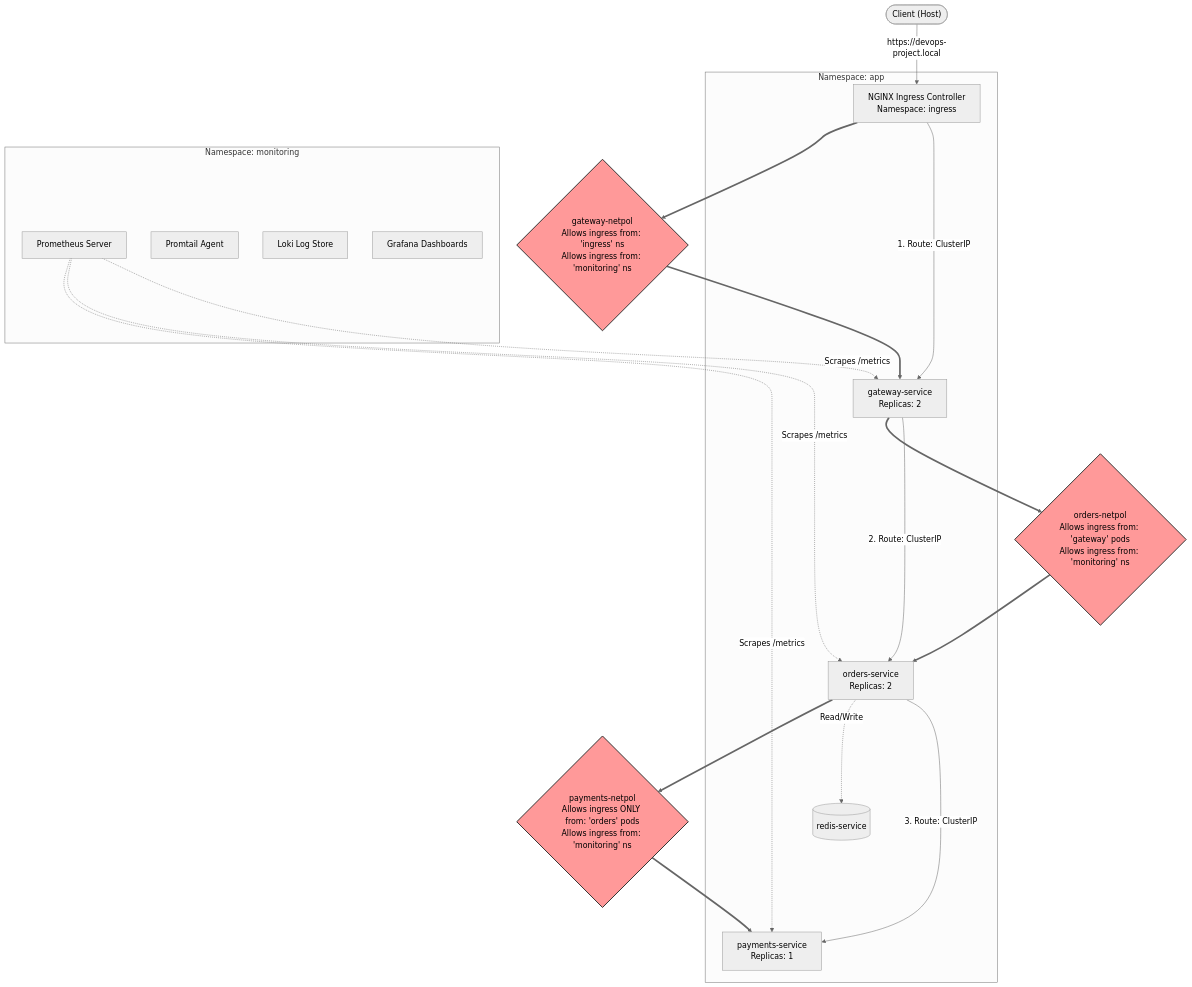
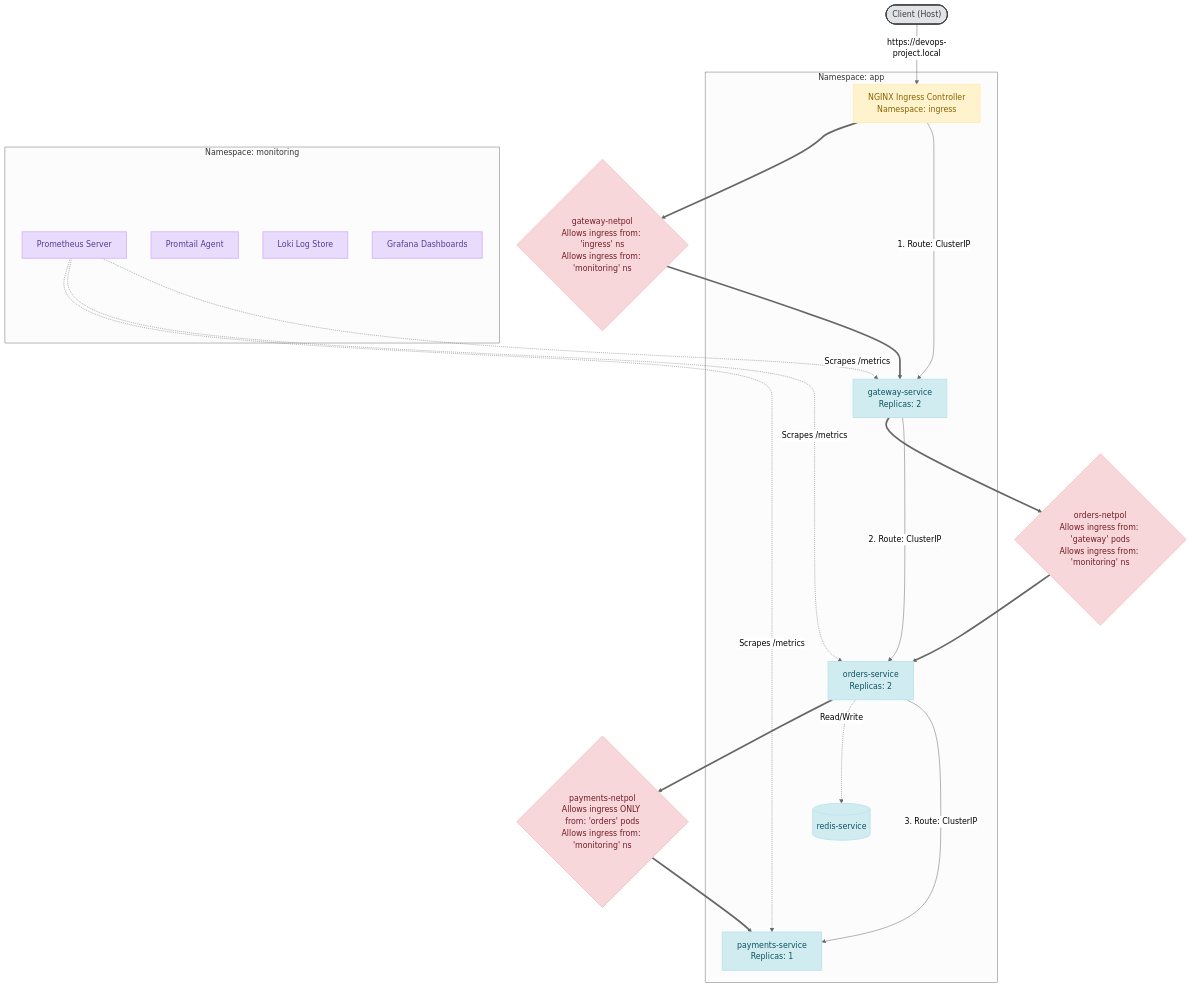
One commit to kbpr21/k8s-observability-platform changed the diagram in README.md. Above: the diagram before and after it, drawn with Mermaid (neutral theme). The commit also changed other lines of this file, not shown here.

First line of the commit message:
docs: add production considerations and fix architecture diagram coloring

````diff
--- a/README.md
+++ b/README.md
@@ -11,34 +11,42 @@
 ```mermaid
 flowchart TD
     Client(["Client (Host)"]) -->|https://devops-project.local| Ingress[NGINX Ingress Controller\nNamespace: ingress]
     
     subgraph App Namespace [Namespace: app]
         Ingress -->|1. Route: ClusterIP| Gateway[gateway-service\nReplicas: 2]
         Gateway -->|2. Route: ClusterIP| Orders[orders-service\nReplicas: 2]
         Orders -->|3. Route: ClusterIP| Payments[payments-service\nReplicas: 1]
         Orders -.->|Read/Write| Redis[(redis-service)]
     end
 
     subgraph Monitoring Namespace [Namespace: monitoring]
         Prometheus[Prometheus Server]
         Promtail[Promtail Agent]
         Loki[Loki Log Store]
         Grafana[Grafana Dashboards]
     end
 
-    %% NetworkPolicy Enforcements
-    classDef policy fill:#ff9999,stroke:#333,stroke-width:2px;
-    classDef allow fill:#d4edda,stroke:#28a745,stroke-width:2px;
-    
+    %% Color classes to ensure legibility in both light and dark modes
+    classDef client fill:#e2e3e5,stroke:#383d41,color:#383d41,stroke-width:2px;
+    classDef ingress fill:#fff3cd,stroke:#ffeeba,color:#856404,stroke-width:2px;
+    classDef app fill:#d1ecf1,stroke:#bee5eb,color:#0c5460,stroke-width:2px;
+    classDef monitor fill:#e8dbfc,stroke:#d6bbfd,color:#553c9a,stroke-width:2px;
+    classDef policy fill:#f8d7da,stroke:#f5c6cb,color:#721c24,stroke-width:2px;
+
+    class Client client;
+    class Ingress ingress;
+    class Gateway,Orders,Payments,Redis app;
+    class Prometheus,Promtail,Loki,Grafana monitor;
+
     GatewayNetPol{"gateway-netpol\nAllows ingress from: 'ingress' ns\nAllows ingress from: 'monitoring' ns"}:::policy
     OrdersNetPol{"orders-netpol\nAllows ingress from: 'gateway' pods\nAllows ingress from: 'monitoring' ns"}:::policy
     PaymentsNetPol{"payments-netpol\nAllows ingress ONLY from: 'orders' pods\nAllows ingress from: 'monitoring' ns"}:::policy
 
     Ingress ==> GatewayNetPol ==> Gateway
     Gateway ==> OrdersNetPol ==> Orders
     Orders ==> PaymentsNetPol ==> Payments
 
     Prometheus -.->|Scrapes /metrics| Gateway
     Prometheus -.->|Scrapes /metrics| Orders
     Prometheus -.->|Scrapes /metrics| Payments
 ```
````
